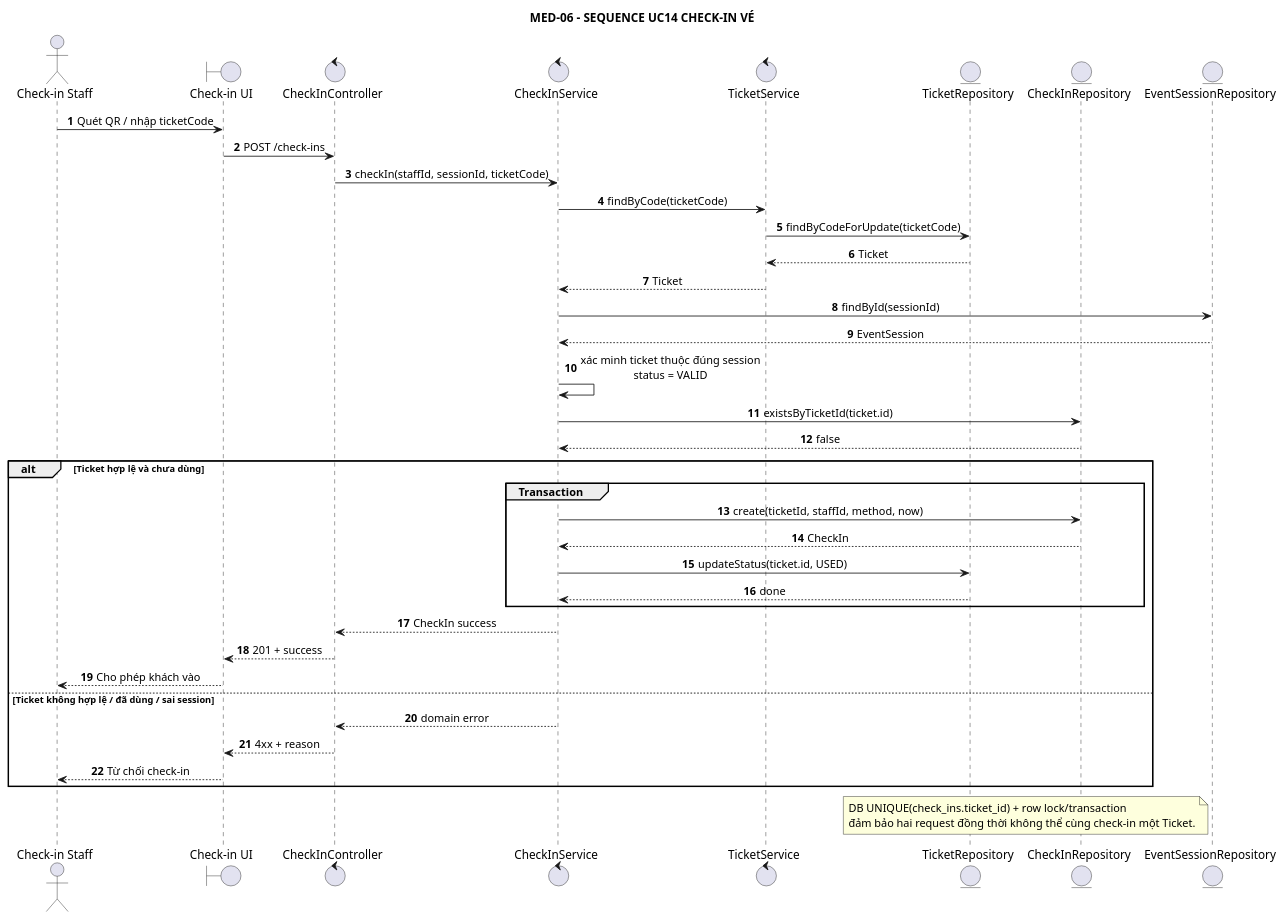
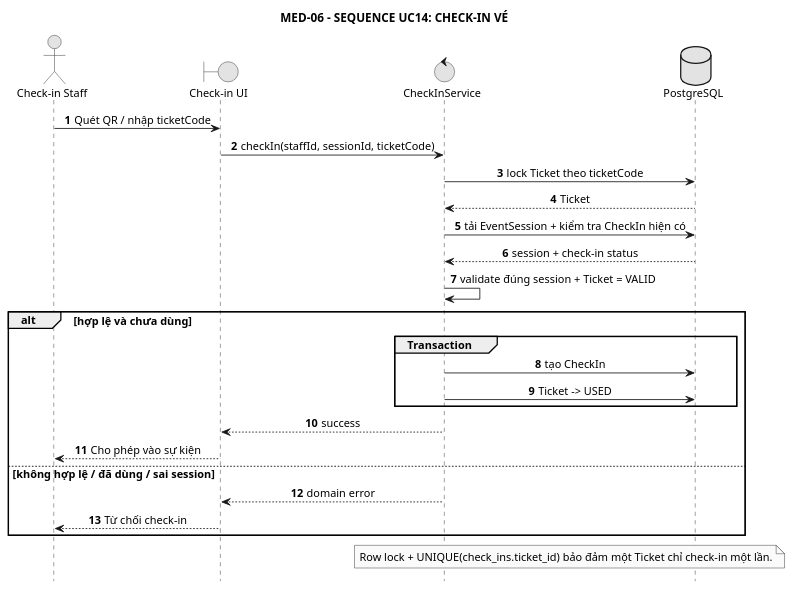
The diagram in PTTK/05_Sequence/04-uc14-check-in.puml (anh632k-ui/OOP-DoAn), drawn with PlantUML before and after one commit.

Commit message:
refactor sequence UC14 check-in layout

```diff
--- a/PTTK/05_Sequence/04-uc14-check-in.puml
+++ b/PTTK/05_Sequence/04-uc14-check-in.puml
@@ -1,52 +1,42 @@
 @startuml
+skinparam monochrome true
 skinparam shadowing false
+skinparam defaultFontSize 13
 skinparam sequenceMessageAlign center
 skinparam responseMessageBelowArrow true
+hide footbox
 
-title MED-06 - SEQUENCE UC14 CHECK-IN VÉ
+title MED-06 - SEQUENCE UC14: CHECK-IN VÉ
 
 actor "Check-in Staff" as Staff
 boundary "Check-in UI" as UI
-control "CheckInController" as CIC
-control "CheckInService" as CIS
-control "TicketService" as TS
-entity "TicketRepository" as TR
-entity "CheckInRepository" as CIR
-entity "EventSessionRepository" as ESR
+control "CheckInService" as CS
+database "PostgreSQL" as DB
 
 autonumber
 Staff -> UI : Quét QR / nhập ticketCode
-UI -> CIC : POST /check-ins
-CIC -> CIS : checkIn(staffId, sessionId, ticketCode)
-CIS -> TS : findByCode(ticketCode)
-TS -> TR : findByCodeForUpdate(ticketCode)
-TR --> TS : Ticket
-TS --> CIS : Ticket
-CIS -> ESR : findById(sessionId)
-ESR --> CIS : EventSession
-CIS -> CIS : xác minh ticket thuộc đúng session\nstatus = VALID
-CIS -> CIR : existsByTicketId(ticket.id)
-CIR --> CIS : false
+UI -> CS : checkIn(staffId, sessionId, ticketCode)
 
-alt Ticket hợp lệ và chưa dùng
+CS -> DB : lock Ticket theo ticketCode
+DB --> CS : Ticket
+CS -> DB : tải EventSession + kiểm tra CheckIn hiện có
+DB --> CS : session + check-in status
+CS -> CS : validate đúng session + Ticket = VALID
+
+alt hợp lệ và chưa dùng
   group Transaction
-    CIS -> CIR : create(ticketId, staffId, method, now)
-    CIR --> CIS : CheckIn
-    CIS -> TR : updateStatus(ticket.id, USED)
-    TR --> CIS : done
+    CS -> DB : tạo CheckIn
+    CS -> DB : Ticket -> USED
   end
-  CIS --> CIC : CheckIn success
-  CIC --> UI : 201 + success
-  UI --> Staff : Cho phép khách vào
-else Ticket không hợp lệ / đã dùng / sai session
-  CIS --> CIC : domain error
-  CIC --> UI : 4xx + reason
+  CS --> UI : success
+  UI --> Staff : Cho phép vào sự kiện
+else không hợp lệ / đã dùng / sai session
+  CS --> UI : domain error
   UI --> Staff : Từ chối check-in
 end
 
-note over TR,CIR
-DB UNIQUE(check_ins.ticket_id) + row lock/transaction
-đảm bảo hai request đồng thời không thể cùng check-in một Ticket.
+note over CS,DB
+Row lock + UNIQUE(check_ins.ticket_id) bảo đảm một Ticket chỉ check-in một lần.
 end note
 
 @enduml
```
